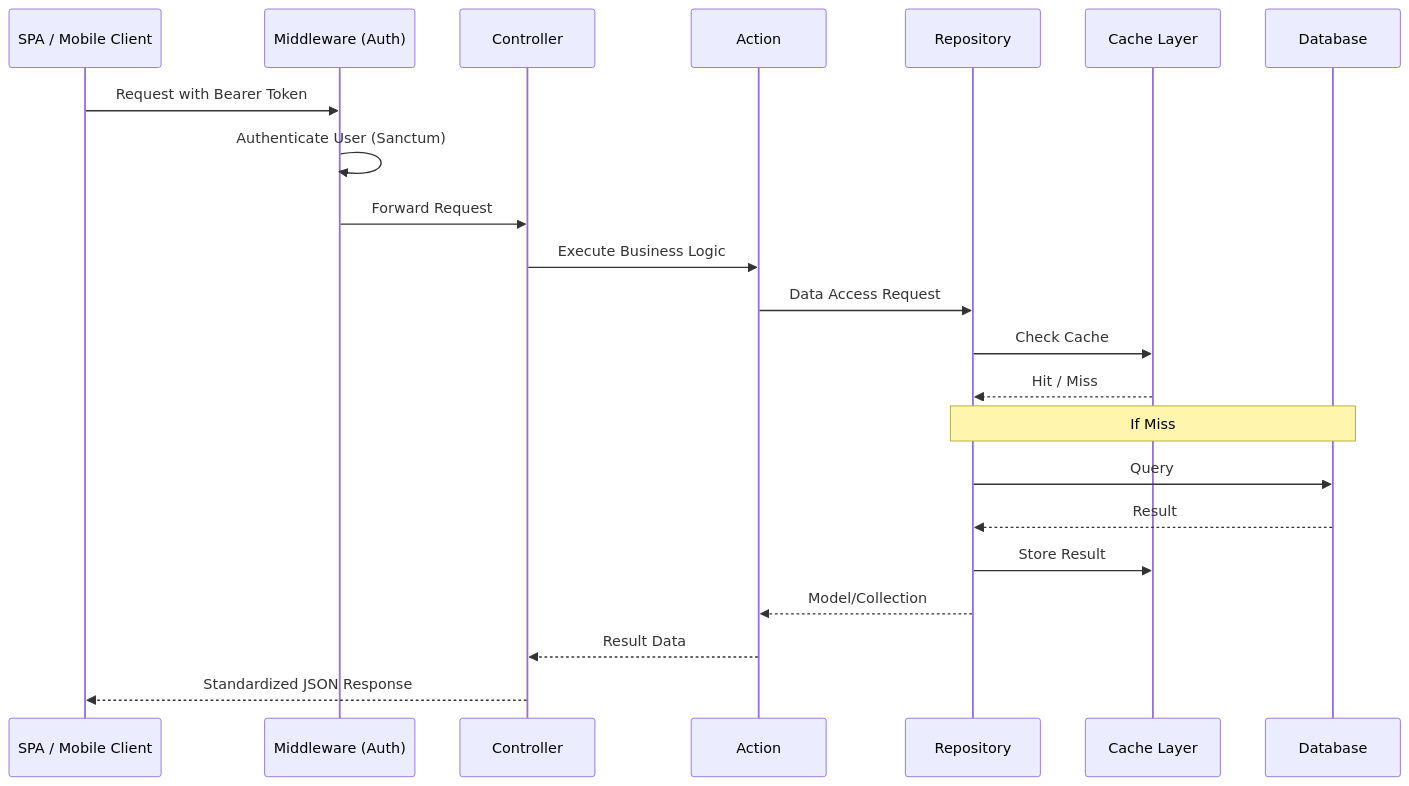
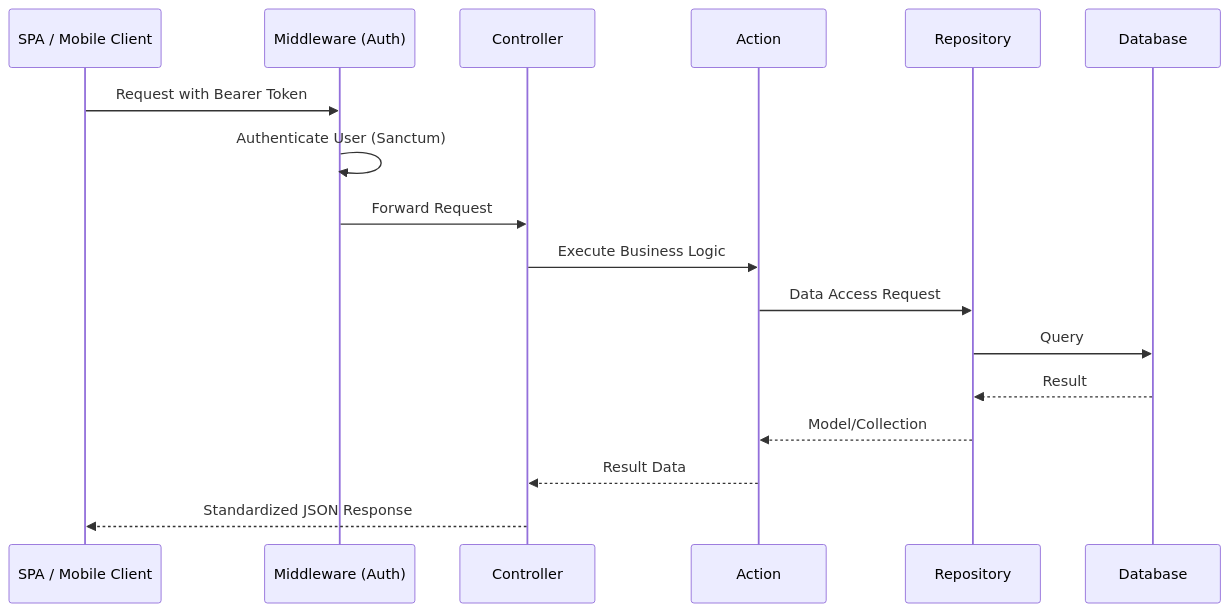
Before and after one commit to thomiOmi/laravel-starterkit-api: the diagram in docs/architecture.md, drawn with Mermaid. The commit also changed other lines of this file and 31 other files, not shown here.

````diff
--- a/docs/architecture.md
+++ b/docs/architecture.md
@@ -9,25 +9,20 @@
 ```mermaid
 sequenceDiagram
     participant Client as SPA / Mobile Client
     participant Middleware as Middleware (Auth)
     participant Controller as Controller
     participant Action as Action
     participant Repo as Repository
-    participant Cache as Cache Layer
     participant DB as Database
 
     Client->>Middleware: Request with Bearer Token
     Middleware->>Middleware: Authenticate User (Sanctum)
     Middleware->>Controller: Forward Request
     Controller->>Action: Execute Business Logic
     Action->>Repo: Data Access Request
-    Repo->>Cache: Check Cache
-    Cache-->>Repo: Hit / Miss
-    Note over Repo,DB: If Miss
     Repo->>DB: Query
     DB-->>Repo: Result
-    Repo->>Cache: Store Result
     Repo-->>Action: Model/Collection
     Action-->>Controller: Result Data
     Controller-->>Client: Standardized JSON Response
 ```
````
